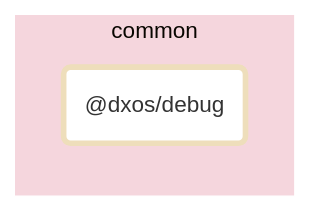
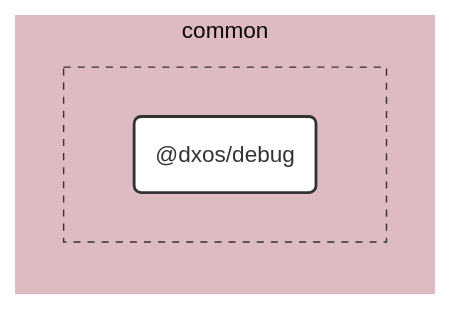
The diagram in packages/common/debug/docs/README.md (dxos/dxos), drawn with Mermaid (base theme) before and after one commit. The commit also changed 100 other files, not shown here.

````diff
--- a/packages/common/debug/docs/README.md
+++ b/packages/common/debug/docs/README.md
@@ -7,12 +7,30 @@
 ```mermaid
-flowchart LR;
+%%{ init: {'flowchart':{'curve':'basis'}} }%%
 
-style dxos/debug fill:#fff,stroke-width:4px;
+flowchart LR
+
+%% Links
+
+%% Sections
+subgraph common
+  style common fill:#debac2,stroke:#fff;
 
 
-subgraph common
-  style common fill:#f5d6dd,stroke:#fff;
-  dxos/debug("@dxos/debug");
+  subgraph common-excluded [ ]
+    style common-excluded fill:#debac2,stroke:#333,stroke-dasharray:5 5;
+
+    dxos/debug("@dxos/debug")
+  end
 end
 
+
+%% Hyperlinks
+
+%% Styles
+classDef rootNode fill:#fff,stroke:#333,stroke-width:2px
+classDef defaultNode fill:#fff,stroke:#333,stroke-width:1px
+linkStyle default stroke:#333,stroke-width:1px
+
+dxos/debug:::rootNode
+
 ```
````
